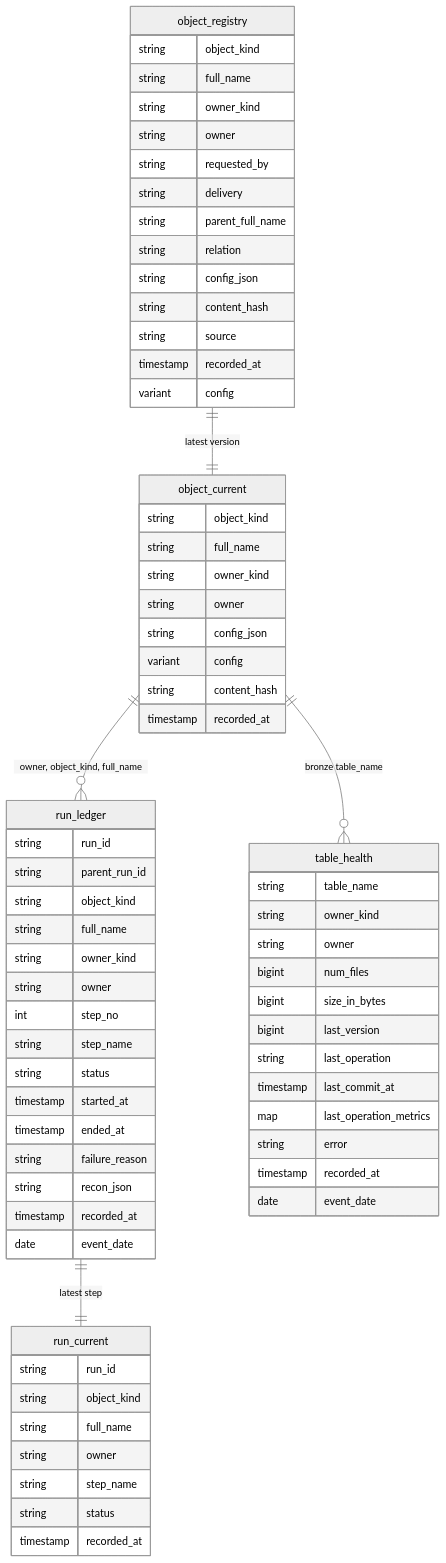
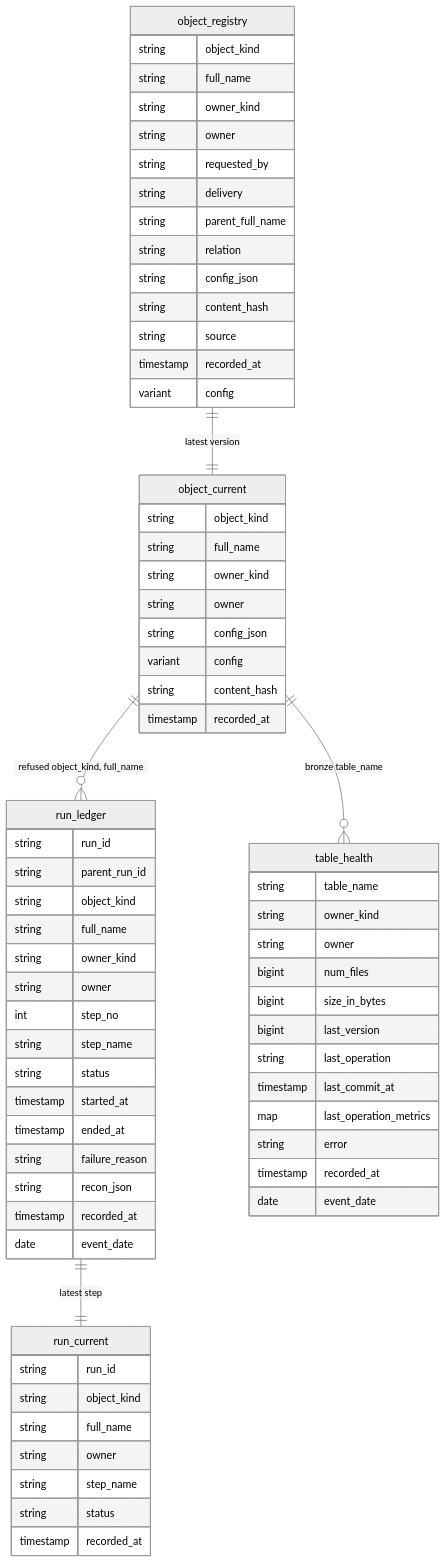
Before and after one commit to NitinKeshavB/framework: the fifth of 9 diagrams in framework_docs/ARCHITECTURE.md, drawn with Mermaid (neutral theme). The commit also changed other lines of this file and 5 other files, not shown here.

````diff
--- a/framework_docs/ARCHITECTURE.md
+++ b/framework_docs/ARCHITECTURE.md
@@ -125,72 +125,72 @@
 ```mermaid
 erDiagram
   object_registry ||--|| object_current : "latest version"
   run_ledger ||--|| run_current : "latest step"
-  object_current ||--o{ run_ledger : "owner, object_kind, full_name"
+  object_current ||--o{ run_ledger : "refused object_kind, full_name"
   object_current ||--o{ table_health : "bronze table_name"
   object_registry {
     string object_kind
     string full_name
     string owner_kind
     string owner
     string requested_by
     string delivery
     string parent_full_name
     string relation
     string config_json
     string content_hash
     string source
     timestamp recorded_at
     variant config
   }
   object_current {
     string object_kind
     string full_name
     string owner_kind
     string owner
     string config_json
     variant config
     string content_hash
     timestamp recorded_at
   }
   run_ledger {
     string run_id
     string parent_run_id
     string object_kind
     string full_name
     string owner_kind
     string owner
     int step_no
     string step_name
     string status
     timestamp started_at
     timestamp ended_at
     string failure_reason
     string recon_json
     timestamp recorded_at
     date event_date
   }
   run_current {
     string run_id
     string object_kind
     string full_name
     string owner
     string step_name
     string status
     timestamp recorded_at
   }
   table_health {
     string table_name
     string owner_kind
     string owner
     bigint num_files
     bigint size_in_bytes
     bigint last_version
     string last_operation
     timestamp last_commit_at
     map last_operation_metrics
     string error
     timestamp recorded_at
     date event_date
   }
 ```
````
